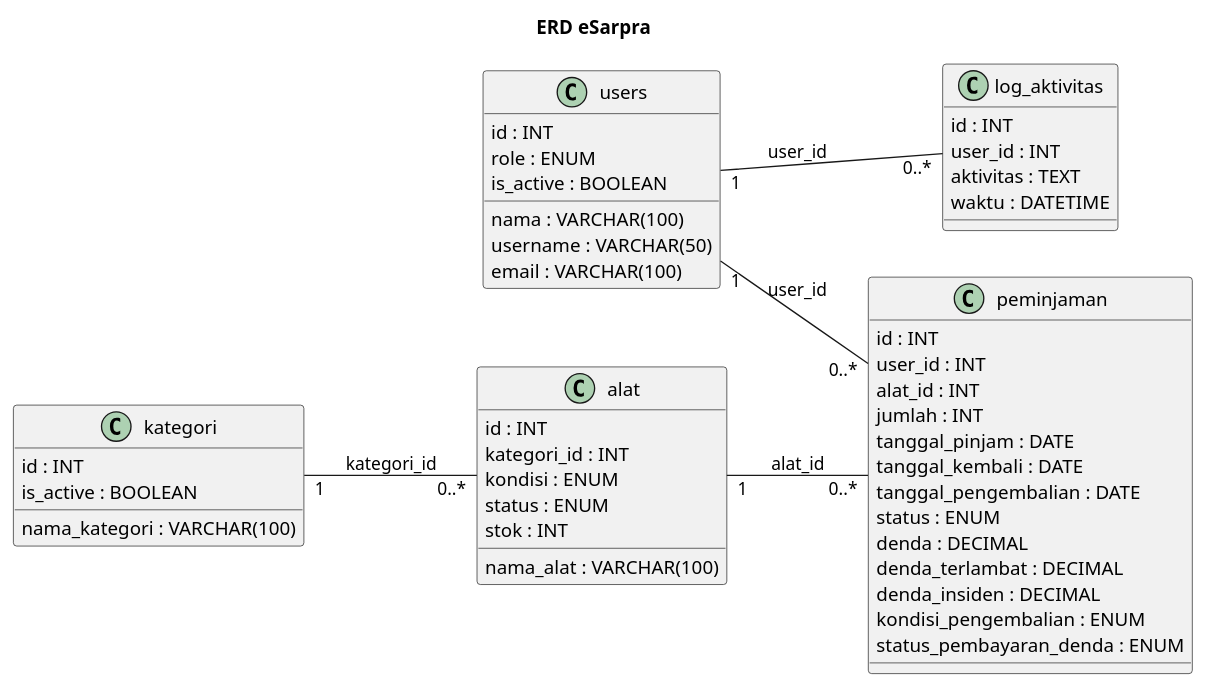
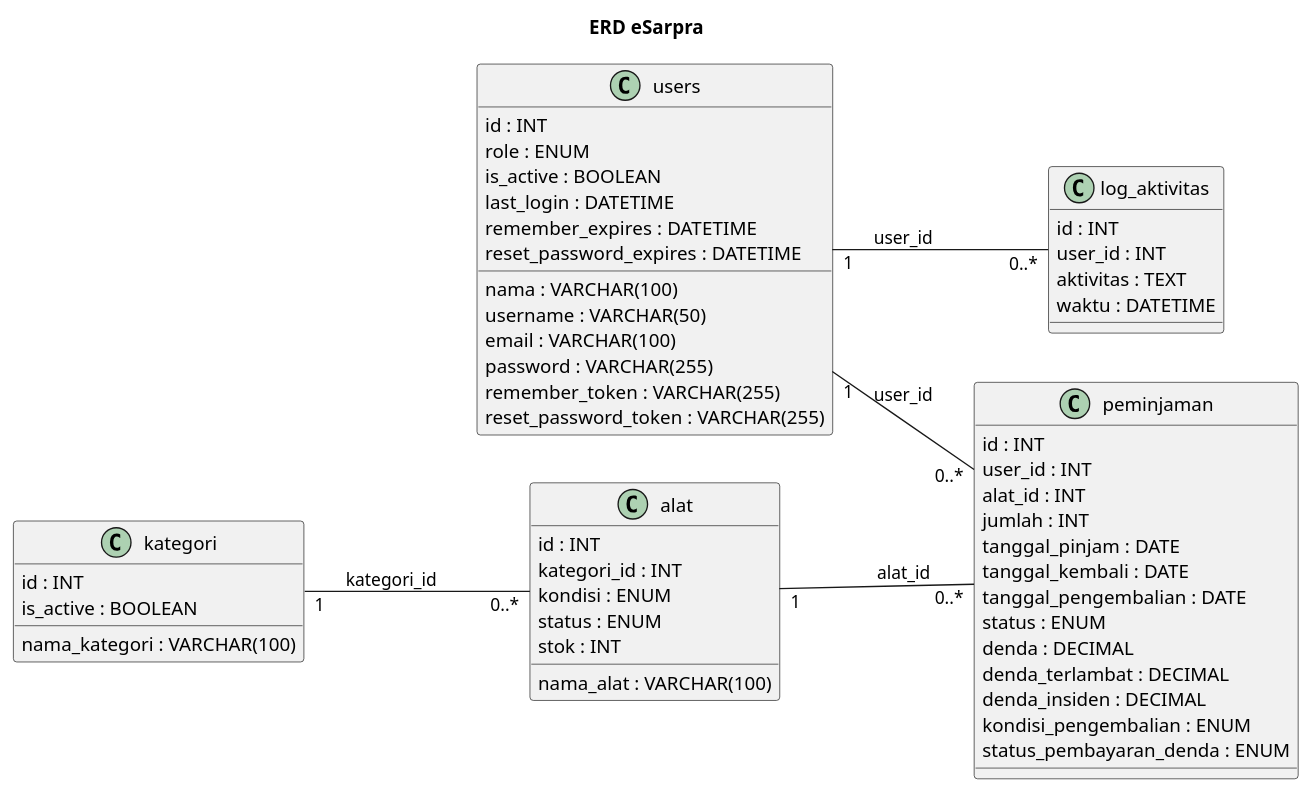
One commit to farsy06/ukk changed the diagram in docs/uml/erd-esarpra.puml. Above: the diagram before and after it, drawn with PlantUML. The commit also changed 28 other files, not shown here.

First line of the commit message:
feat(auth): implement password reset functionality

```diff
--- a/docs/uml/erd-esarpra.puml
+++ b/docs/uml/erd-esarpra.puml
@@ -1,57 +1,63 @@
 @startuml
 title ERD eSarpra
 left to right direction
 
 class users {
   id : INT
   nama : VARCHAR(100)
   username : VARCHAR(50)
   email : VARCHAR(100)
+  password : VARCHAR(255)
   role : ENUM
   is_active : BOOLEAN
+  last_login : DATETIME
+  remember_token : VARCHAR(255)
+  remember_expires : DATETIME
+  reset_password_token : VARCHAR(255)
+  reset_password_expires : DATETIME
 }
 
 class kategori {
   id : INT
   nama_kategori : VARCHAR(100)
   is_active : BOOLEAN
 }
 
 class alat {
   id : INT
   kategori_id : INT
   nama_alat : VARCHAR(100)
   kondisi : ENUM
   status : ENUM
   stok : INT
 }
 
 class peminjaman {
   id : INT
   user_id : INT
   alat_id : INT
   jumlah : INT
   tanggal_pinjam : DATE
   tanggal_kembali : DATE
   tanggal_pengembalian : DATE
   status : ENUM
   denda : DECIMAL
   denda_terlambat : DECIMAL
   denda_insiden : DECIMAL
   kondisi_pengembalian : ENUM
   status_pembayaran_denda : ENUM
 }
 
 class log_aktivitas {
   id : INT
   user_id : INT
   aktivitas : TEXT
   waktu : DATETIME
 }
 
 kategori "1" -- "0..*" alat : kategori_id
 alat "1" -- "0..*" peminjaman : alat_id
 users "1" -- "0..*" peminjaman : user_id
 users "1" -- "0..*" log_aktivitas : user_id
 
 @enduml
```
